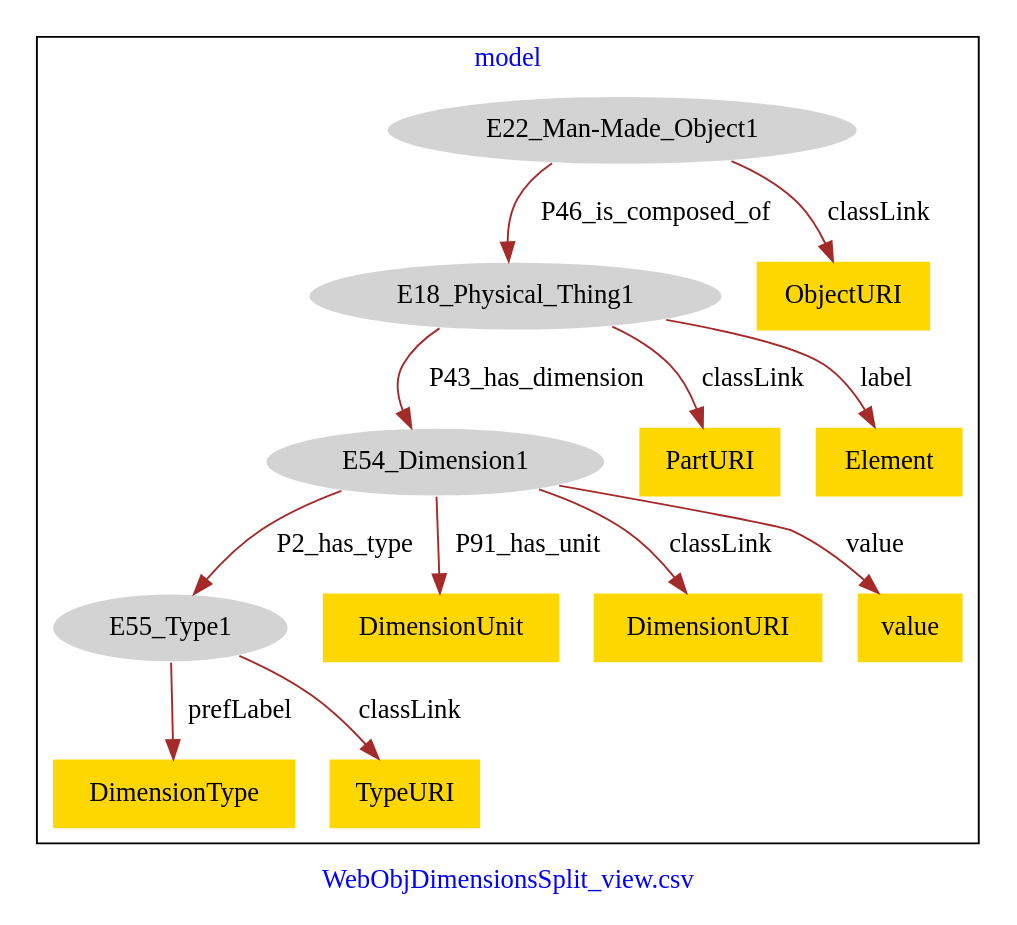
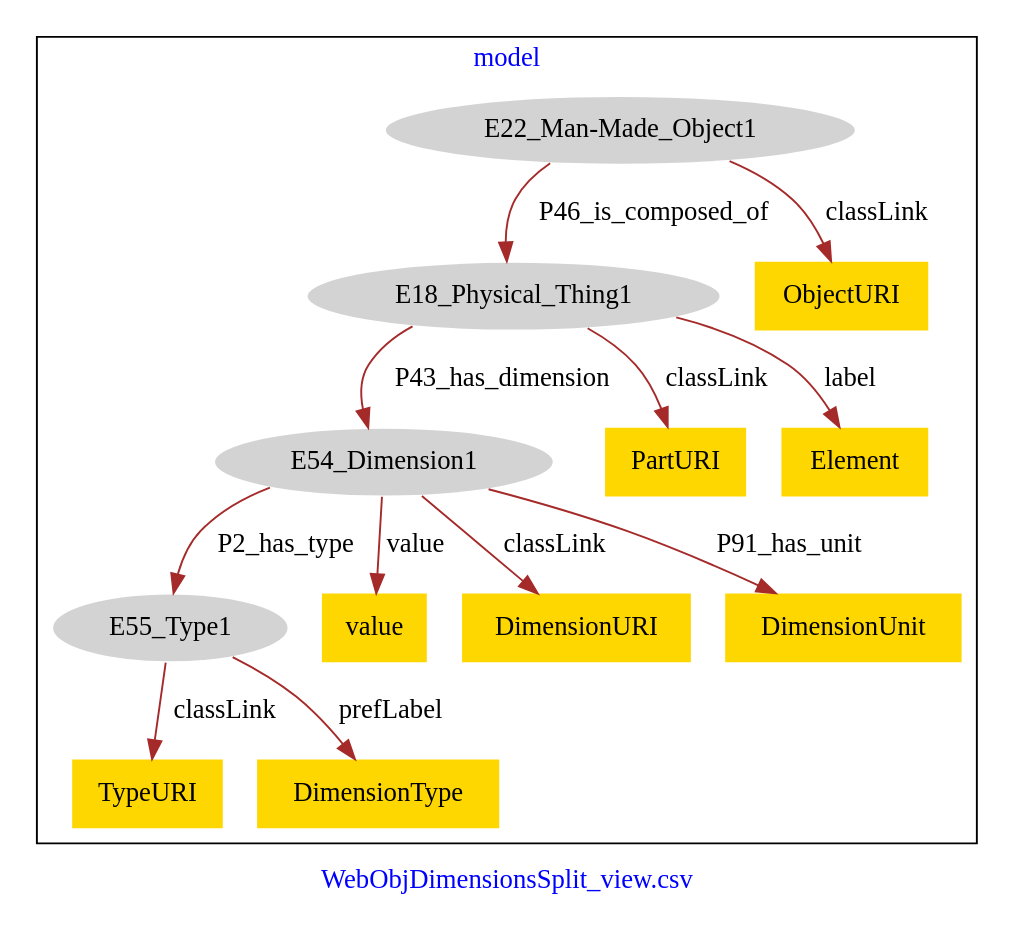
One commit to american-art/SAAM changed the diagram in WebObjDimensionsSplit_view/WebObjDimensionsSplit_view-model.dot. Above: the diagram before and after it, drawn with Graphviz.

Commit message:
Update file WebObjDimensionsSplit_view-model.dot

```diff
--- a/WebObjDimensionsSplit_view/WebObjDimensionsSplit_view-model.dot
+++ b/WebObjDimensionsSplit_view/WebObjDimensionsSplit_view-model.dot
@@ -1,31 +1,31 @@
 digraph n0 {
 fontcolor="blue"
 remincross="true"
 label="WebObjDimensionsSplit_view.csv"
 subgraph cluster {
 label="model"
 n2[style="filled",color="white",fillcolor="lightgray",label="E18_Physical_Thing1"];
 n3[style="filled",color="white",fillcolor="lightgray",label="E54_Dimension1"];
 n4[style="filled",color="white",fillcolor="lightgray",label="E22_Man-Made_Object1"];
 n5[style="filled",color="white",fillcolor="lightgray",label="E55_Type1"];
-n6[shape="plaintext",style="filled",fillcolor="gold",label="DimensionUnit"];
-n7[shape="plaintext",style="filled",fillcolor="gold",label="PartURI"];
-n8[shape="plaintext",style="filled",fillcolor="gold",label="DimensionType"];
-n9[shape="plaintext",style="filled",fillcolor="gold",label="Element"];
+n6[shape="plaintext",style="filled",fillcolor="gold",label="ObjectURI"];
+n7[shape="plaintext",style="filled",fillcolor="gold",label="value"];
+n8[shape="plaintext",style="filled",fillcolor="gold",label="TypeURI"];
+n9[shape="plaintext",style="filled",fillcolor="gold",label="PartURI"];
 n10[shape="plaintext",style="filled",fillcolor="gold",label="DimensionURI"];
-n11[shape="plaintext",style="filled",fillcolor="gold",label="ObjectURI"];
-n12[shape="plaintext",style="filled",fillcolor="gold",label="value"];
-n13[shape="plaintext",style="filled",fillcolor="gold",label="TypeURI"];
+n11[shape="plaintext",style="filled",fillcolor="gold",label="DimensionUnit"];
+n12[shape="plaintext",style="filled",fillcolor="gold",label="Element"];
+n13[shape="plaintext",style="filled",fillcolor="gold",label="DimensionType"];
 }
 n2 -> n3[color="brown",fontcolor="black",label="P43_has_dimension"]
 n4 -> n2[color="brown",fontcolor="black",label="P46_is_composed_of"]
 n3 -> n5[color="brown",fontcolor="black",label="P2_has_type"]
-n3 -> n6[color="brown",fontcolor="black",label="P91_has_unit"]
-n2 -> n7[color="brown",fontcolor="black",label="classLink"]
-n5 -> n8[color="brown",fontcolor="black",label="prefLabel"]
-n2 -> n9[color="brown",fontcolor="black",label="label"]
+n4 -> n6[color="brown",fontcolor="black",label="classLink"]
+n3 -> n7[color="brown",fontcolor="black",label="value"]
+n5 -> n8[color="brown",fontcolor="black",label="classLink"]
+n2 -> n9[color="brown",fontcolor="black",label="classLink"]
 n3 -> n10[color="brown",fontcolor="black",label="classLink"]
-n4 -> n11[color="brown",fontcolor="black",label="classLink"]
-n3 -> n12[color="brown",fontcolor="black",label="value"]
-n5 -> n13[color="brown",fontcolor="black",label="classLink"]
+n3 -> n11[color="brown",fontcolor="black",label="P91_has_unit"]
+n2 -> n12[color="brown",fontcolor="black",label="label"]
+n5 -> n13[color="brown",fontcolor="black",label="prefLabel"]
 }
```
